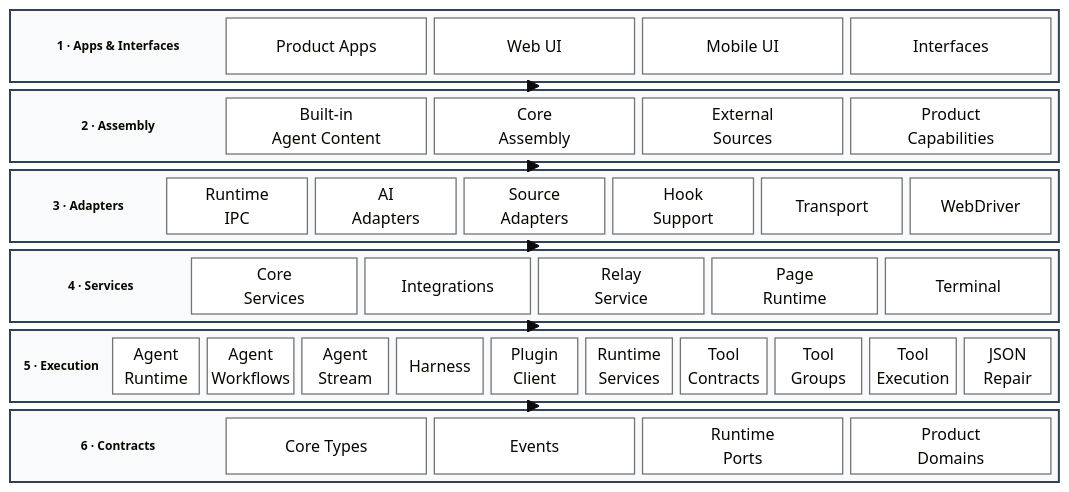
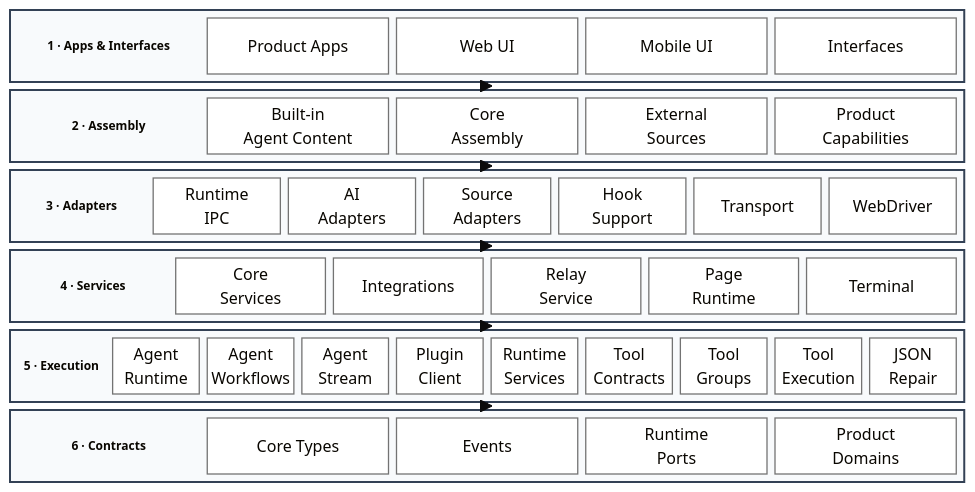
One commit to 1688mengdie/BitFun changed the second of 16 diagrams in docs/architecture/product-architecture.md. Above: the diagram before and after it, drawn with Mermaid. The commit also changed other lines of this file and 49 other files, not shown here.

First line of the commit message:
refactor(runtime): retire unused harness preview

````diff
--- a/docs/architecture/product-architecture.md
+++ b/docs/architecture/product-architecture.md
@@ -135,53 +135,53 @@
 ```mermaid
 %%{init: {"theme":"base","block":{"padding":8}}}%%
 block-beta
   columns 1
 
   block:AppsLayer
     columns 5
     AppsTitle["1 · Apps & Interfaces"] ProductApps["Product Apps"] WebUI["Web UI"] MobileUI["Mobile UI"] Interfaces["Interfaces"]
   end
 
   block:AssemblyLayer
     columns 5
     AssemblyTitle["2 · Assembly"] AgentContent["Built-in<br/>Agent Content"] CoreAssembly["Core<br/>Assembly"] ExternalSources["External<br/>Sources"] ProductCaps["Product<br/>Capabilities"]
   end
 
   block:AdaptersLayer
     columns 7
     AdaptersTitle["3 · Adapters"] RuntimeIPC["Runtime<br/>IPC"] AIAdapters["AI<br/>Adapters"] SourceAdapters["Source<br/>Adapters"] HookSupport["Hook<br/>Support"] Transport["Transport"] WebDriver["WebDriver"]
   end
 
   block:ServicesLayer
     columns 6
     ServicesTitle["4 · Services"] CoreServices["Core<br/>Services"] Integrations["Integrations"] RelayService["Relay<br/>Service"] PageRuntime["Page<br/>Runtime"] Terminal["Terminal"]
   end
 
   block:ExecutionLayer
-    columns 11
-    ExecutionTitle["5 · Execution"] AgentRuntime["Agent<br/>Runtime"] AgentWorkflows["Agent<br/>Workflows"] AgentStream["Agent<br/>Stream"] Harness["Harness"] PluginClient["Plugin<br/>Client"] RuntimeServices["Runtime<br/>Services"] ToolContracts["Tool<br/>Contracts"] ToolGroups["Tool<br/>Groups"] ToolExecution["Tool<br/>Execution"] JSONRepair["JSON<br/>Repair"]
+    columns 10
+    ExecutionTitle["5 · Execution"] AgentRuntime["Agent<br/>Runtime"] AgentWorkflows["Agent<br/>Workflows"] AgentStream["Agent<br/>Stream"] PluginClient["Plugin<br/>Client"] RuntimeServices["Runtime<br/>Services"] ToolContracts["Tool<br/>Contracts"] ToolGroups["Tool<br/>Groups"] ToolExecution["Tool<br/>Execution"] JSONRepair["JSON<br/>Repair"]
   end
 
   block:ContractsLayer
     columns 5
     ContractsTitle["6 · Contracts"] CoreTypes["Core Types"] Events["Events"] RuntimePorts["Runtime<br/>Ports"] ProductDomains["Product<br/>Domains"]
   end
 
   AppsLayer --> AssemblyLayer
   AssemblyLayer --> AdaptersLayer
   AdaptersLayer --> ServicesLayer
   ServicesLayer --> ExecutionLayer
   ExecutionLayer --> ContractsLayer
 
   classDef module fill:#ffffff,stroke:#737373,stroke-width:1.3px,color:#171717
   classDef sectionTitle fill:transparent,stroke:transparent,color:#171717,font-size:12px,font-weight:600
-  class ProductApps,WebUI,MobileUI,Interfaces,AgentContent,CoreAssembly,ExternalSources,ProductCaps,RuntimeIPC,AIAdapters,SourceAdapters,HookSupport,Transport,WebDriver,CoreServices,Integrations,RelayService,PageRuntime,Terminal,AgentRuntime,AgentWorkflows,AgentStream,Harness,PluginClient,RuntimeServices,ToolContracts,ToolGroups,ToolExecution,JSONRepair,CoreTypes,Events,RuntimePorts,ProductDomains module
+  class ProductApps,WebUI,MobileUI,Interfaces,AgentContent,CoreAssembly,ExternalSources,ProductCaps,RuntimeIPC,AIAdapters,SourceAdapters,HookSupport,Transport,WebDriver,CoreServices,Integrations,RelayService,PageRuntime,Terminal,AgentRuntime,AgentWorkflows,AgentStream,PluginClient,RuntimeServices,ToolContracts,ToolGroups,ToolExecution,JSONRepair,CoreTypes,Events,RuntimePorts,ProductDomains module
   class AppsTitle,AssemblyTitle,AdaptersTitle,ServicesTitle,ExecutionTitle,ContractsTitle sectionTitle
 
   style AppsLayer fill:#f8fafc,stroke:#334155,stroke-width:2px
   style AssemblyLayer fill:#f8fafc,stroke:#334155,stroke-width:2px
   style AdaptersLayer fill:#f8fafc,stroke:#334155,stroke-width:2px
   style ServicesLayer fill:#f8fafc,stroke:#334155,stroke-width:2px
   style ExecutionLayer fill:#f8fafc,stroke:#334155,stroke-width:2px
   style ContractsLayer fill:#f8fafc,stroke:#334155,stroke-width:2px
 ```
````
